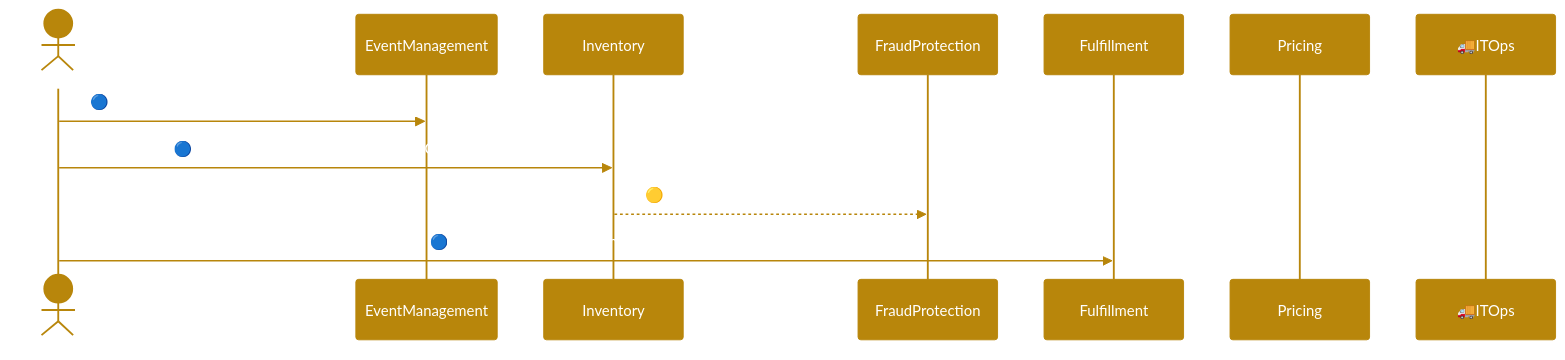
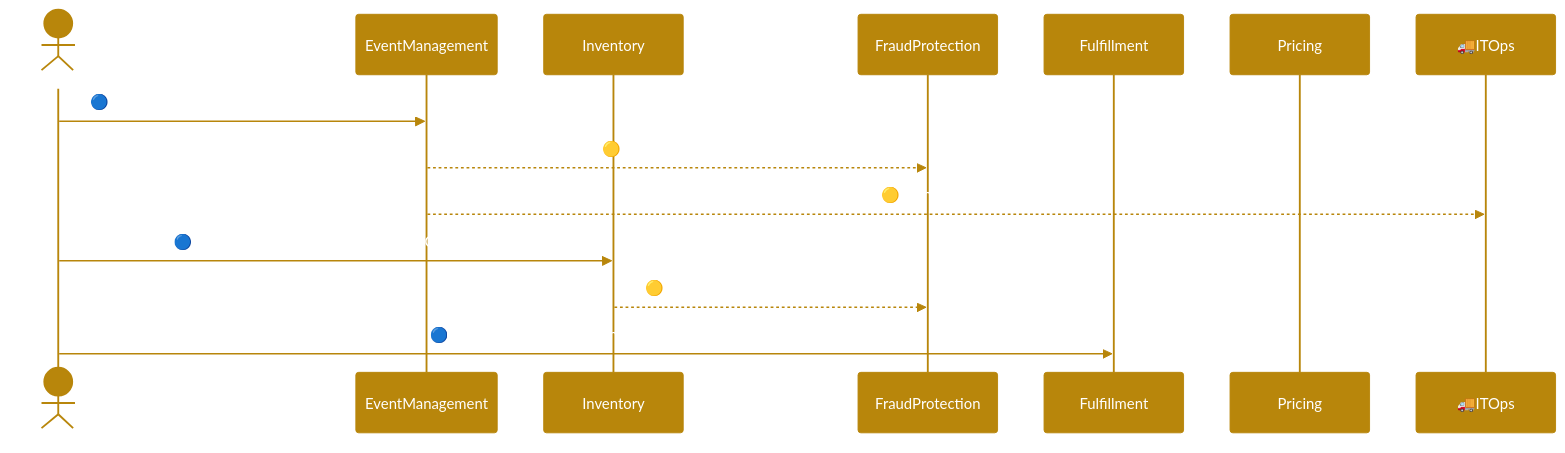
The diagram in MakeTicketsAvailableForPurchase.md (AcmeTickets/Diagrams), drawn with Mermaid before and after one commit.

Commit message:
fix to sequence diagram

````diff
--- a/MakeTicketsAvailableForPurchase.md
+++ b/MakeTicketsAvailableForPurchase.md
@@ -1,37 +1,38 @@
 ```mermaid
 %%{init: {
   'theme': 'base',
   'themeVariables': {
     'primaryColor': '#B8860B',
     'primaryTextColor': '#FFFFFF',
     'primaryBorderColor': '#B8860B',
     'lineColor': '#B8860B',
     'signalColor': '#B8860B',
     'signalTextColor': '#FFFFFF',
     'actorBkg': '#B8860B',
     'actorTextColor': '#FFFFFF',
     'actorLineColor': '#B8860B',
     'actorBorder': '#B8860B',
     'activationBkgColor': '#B8860B',
     'activationBorderColor': '#B8860B',
     'sequenceNumberColor': '#FFFFFF',
     'labelTextColor': '#FFFFFF'
   }
 }}%%
 sequenceDiagram
     actor TicketImporter
 
     participant EventManagement
     participant Inventory
     participant FraudProtection
     participant Fulfillment
     participant Pricing
     participant 🚚ITOps    
     
     TicketImporter->>EventManagement: 🔵AddEventAndTicketInformation (Command)
-    
+    EventManagement-->>FraudProtection: 🟡EventAdded (Event)
+    EventManagement-->>🚚ITOps: 🟡EventAdded (Event)
     TicketImporter->>Inventory: 🔵AddEventTicketGroupsToInventory (Command)
     Inventory-->>FraudProtection: 🟡TicketGroupForEventAdded (Event)
 
     TicketImporter->>Fulfillment: 🔵 AddEventTicketFulfillmentDetail (Command)
 ```
````
